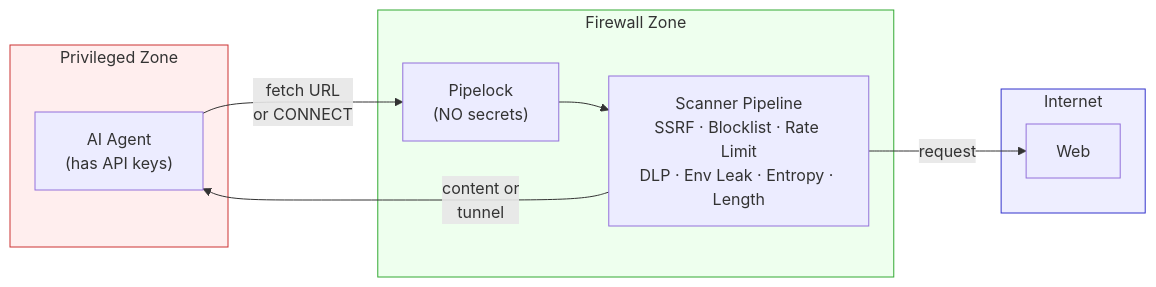
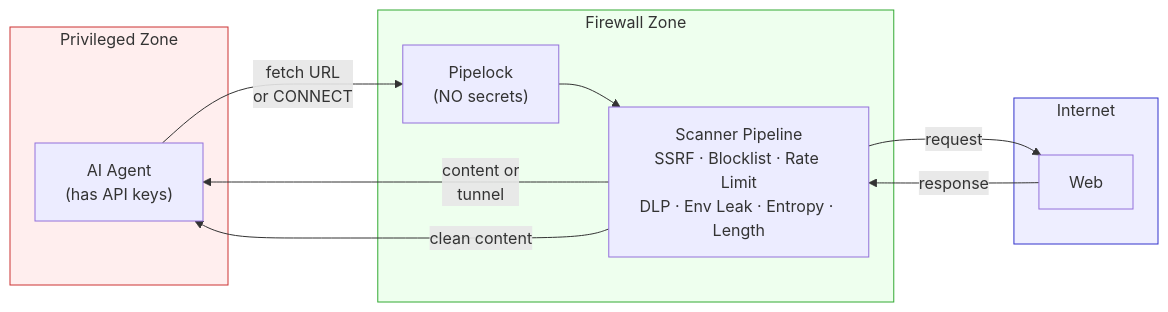
Before and after one commit to luckyPipewrench/pipelock: the diagram in README.md, drawn with Mermaid. The commit also changed other lines of this file and 18 other files, not shown here.

````diff
--- a/README.md
+++ b/README.md
@@ -84,22 +111,24 @@
 ```mermaid
 flowchart LR
     subgraph PRIVILEGED["Privileged Zone"]
         Agent["AI Agent\n(has API keys)"]
     end
     subgraph FETCH["Firewall Zone"]
         Proxy["Pipelock\n(NO secrets)"]
         Scanner["Scanner Pipeline\nSSRF · Blocklist · Rate Limit\nDLP · Env Leak · Entropy · Length"]
     end
     subgraph NET["Internet"]
         Web["Web"]
     end
 
     Agent -- "fetch URL\nor CONNECT" --> Proxy
     Proxy --> Scanner
     Scanner -- "content or\ntunnel" --> Agent
     Scanner -- "request" --> Web
+    Web -- "response" --> Scanner
+    Scanner -- "clean content" --> Agent
 
     style PRIVILEGED fill:#fee,stroke:#c33
     style FETCH fill:#efe,stroke:#3a3
     style NET fill:#eef,stroke:#33c
 ```
````
